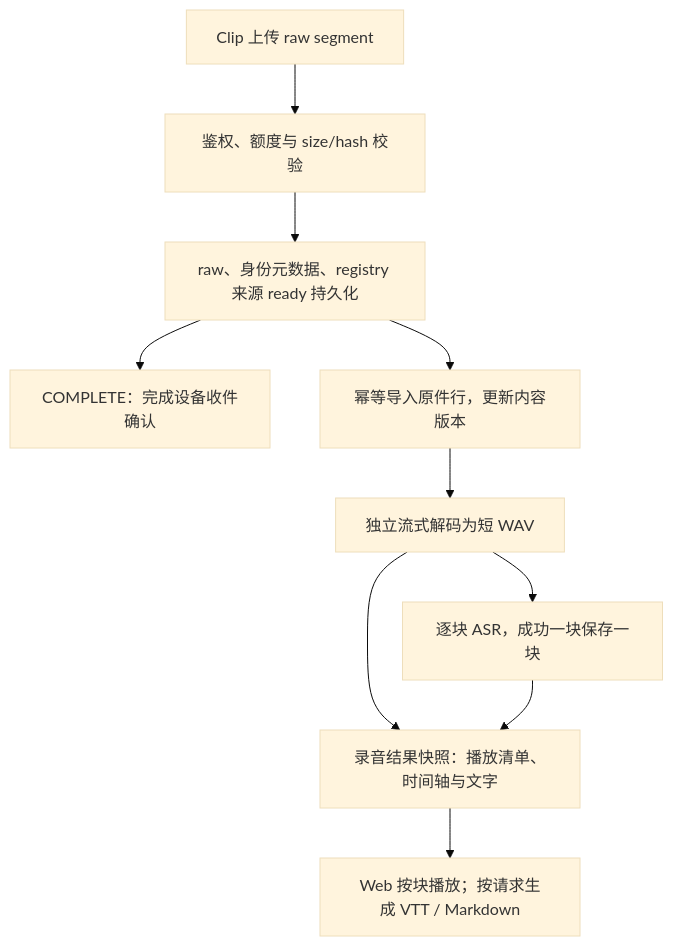
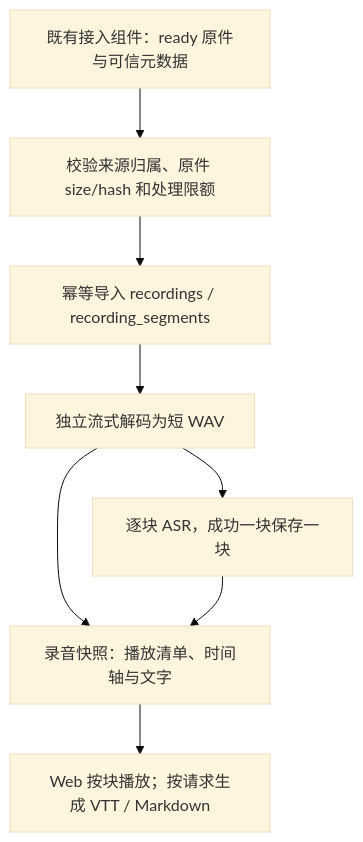
The diagram in docs/audio-processing.md (boboliu-1010/speaker), drawn with Mermaid (base theme) before and after one commit. The commit also changed other lines of this file and 4 other files, not shown here.

````diff
--- a/docs/audio-processing.md
+++ b/docs/audio-processing.md
@@ -24,12 +24,10 @@
 ```mermaid
 flowchart TD
-    A["Clip 上传 raw segment"] --> B["鉴权、额度与 size/hash 校验"]
-    B --> C["raw、身份元数据、registry 来源 ready 持久化"]
-    C --> D["COMPLETE：完成设备收件确认"]
-    C --> E["幂等导入原件行，更新内容版本"]
-    E --> F["独立流式解码为短 WAV"]
-    F --> G["逐块 ASR，成功一块保存一块"]
-    F --> H["录音结果快照：播放清单、时间轴与文字"]
-    G --> H
-    H --> I["Web 按块播放；按请求生成 VTT / Markdown"]
+    A["既有接入组件：ready 原件与可信元数据"] --> B["校验来源归属、原件 size/hash 和处理限额"]
+    B --> C["幂等导入 recordings / recording_segments"]
+    C --> D["独立流式解码为短 WAV"]
+    D --> E["逐块 ASR，成功一块保存一块"]
+    D --> F["录音快照：播放清单、时间轴与文字"]
+    E --> F
+    F --> G["Web 按块播放；按请求生成 VTT / Markdown"]
 ```
````
